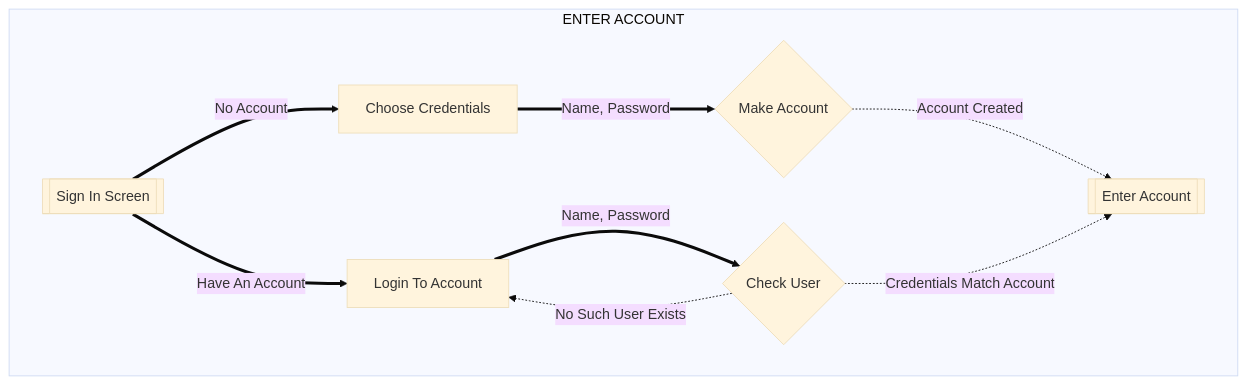
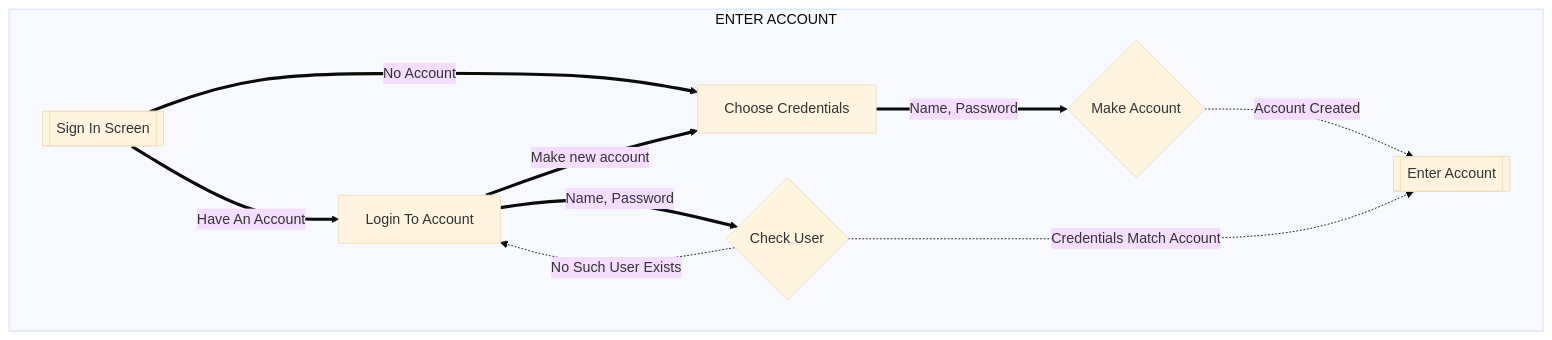
One commit to samanthaegilson/LibrarySystem changed the first of 6 diagrams in README.md. Above: the diagram before and after it, drawn with Mermaid (base theme). The commit also changed other lines of this file and 18 other files, not shown here.

````diff
--- a/README.md
+++ b/README.md
@@ -34,26 +34,27 @@
 ```mermaid
 flowchart
     subgraph ENTER ACCOUNT
         %% Should logout be apart of this??
         signInScreen[[Sign In Screen]]
 
         signInScreen ==No Account==> chooseCredentials
         signInScreen ==Have An Account==> loginToAccount
 
         chooseCredentials[Choose Credentials]
         makeAccount{Make Account}
         
         %% Enter name and other information too?
         chooseCredentials ==Name, Password==> makeAccount
         makeAccount -.Account Created.-> enterAccount
         
         loginToAccount[Login To Account]
         checkUser{Check User}
         enterAccount[[Enter Account]]
         
+        loginToAccount ==Make new account==> chooseCredentials
         loginToAccount ==Name, Password==> checkUser
         checkUser -.No Such User Exists.->loginToAccount
         checkUser -.Credentials Match Account.->enterAccount
             
     end
 ```
````
